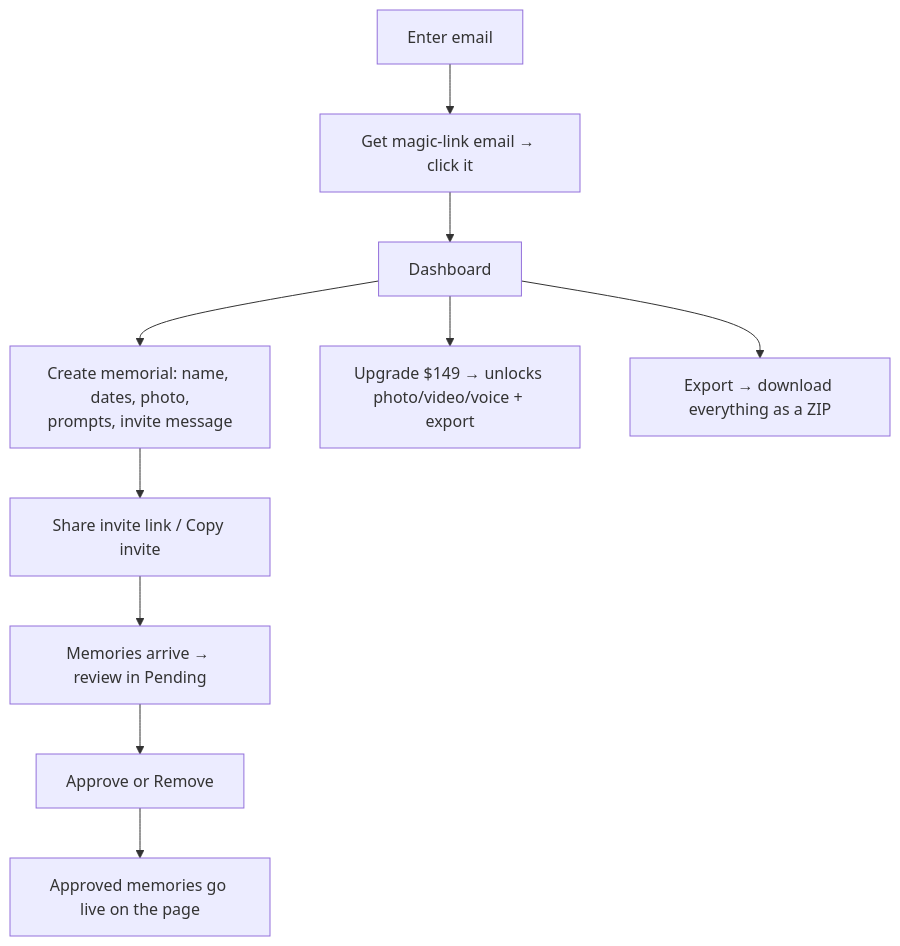
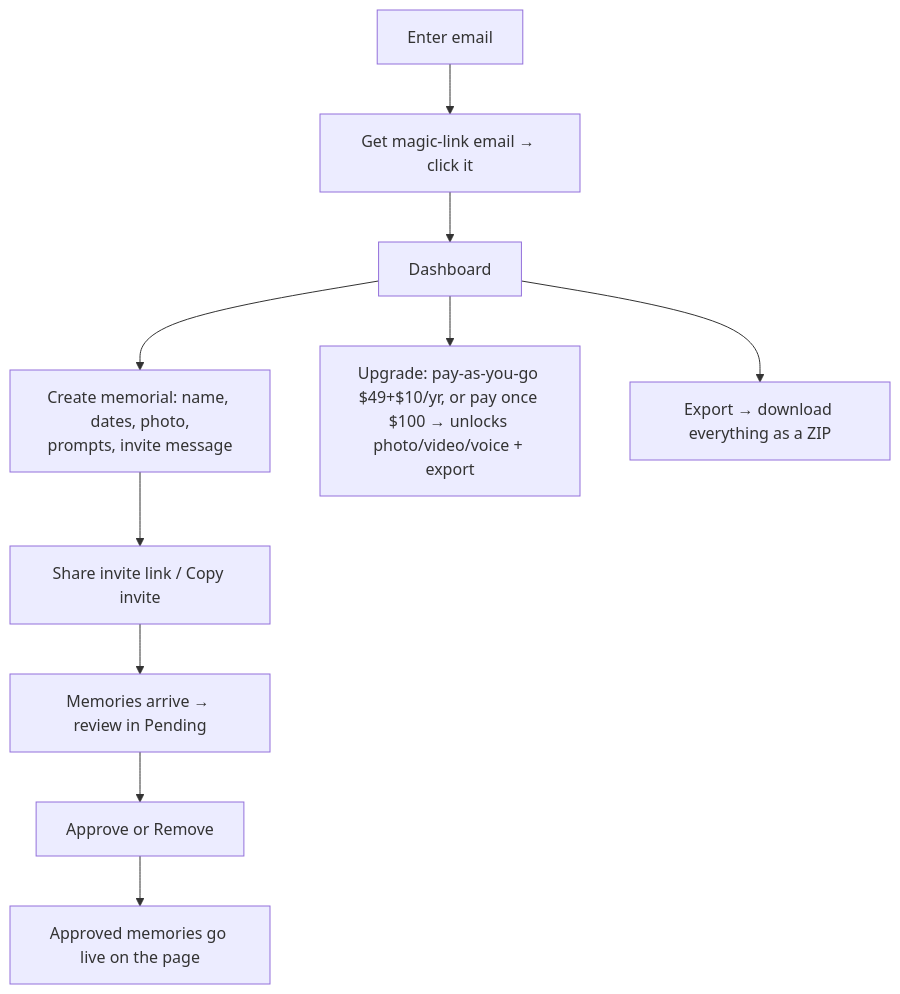
Before and after one commit to staciharv-afk/andthen: the second of 4 diagrams in GUIDE.md, drawn with Mermaid. The commit also changed other lines of this file and 8 other files, not shown here.

````diff
--- a/GUIDE.md
+++ b/GUIDE.md
@@ -52,12 +52,12 @@
 ```mermaid
 flowchart TD
   A[Enter email] --> B[Get magic-link email → click it]
   B --> C[Dashboard]
   C --> D[Create memorial: name, dates, photo,<br/>prompts, invite message]
   D --> E[Share invite link / Copy invite]
   E --> F[Memories arrive → review in Pending]
   F --> G[Approve or Remove]
   G --> H[Approved memories go live on the page]
-  C --> I[Upgrade $149 → unlocks photo/video/voice + export]
+  C --> I[Upgrade: pay-as-you-go $49+$10/yr, or pay once $100 → unlocks photo/video/voice + export]
   C --> J[Export → download everything as a ZIP]
 ```
````
